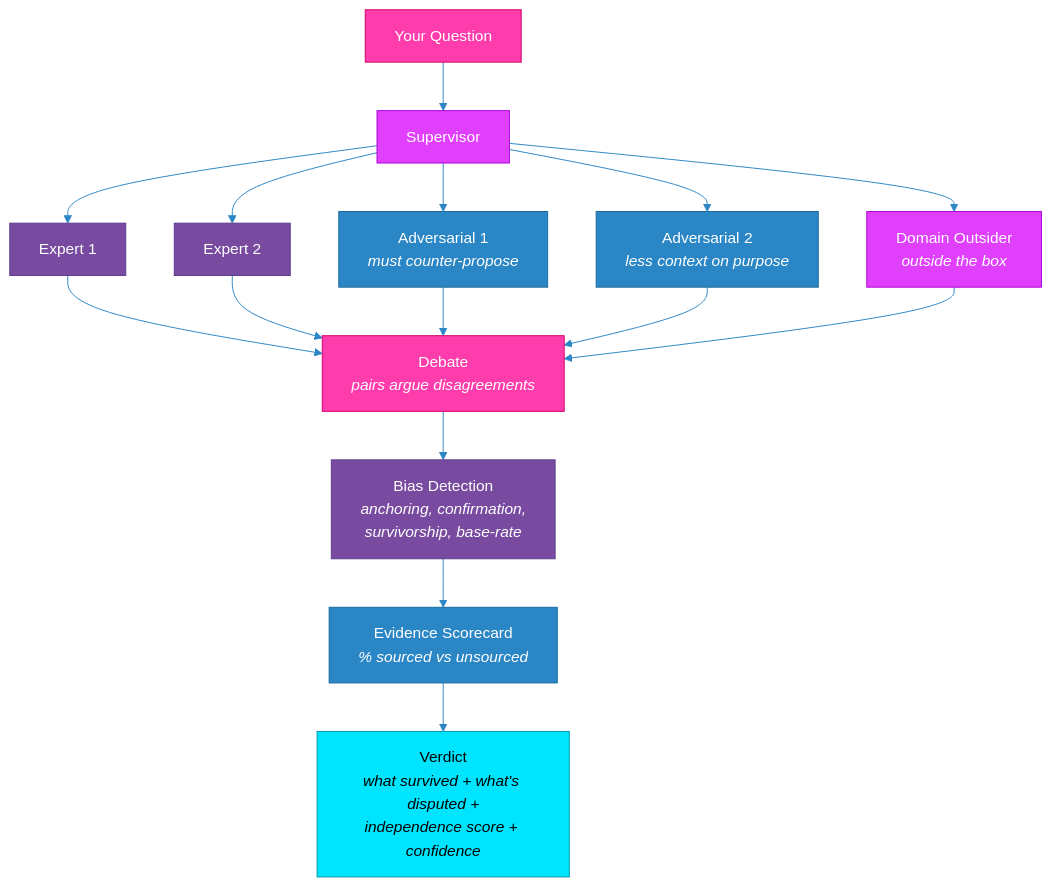
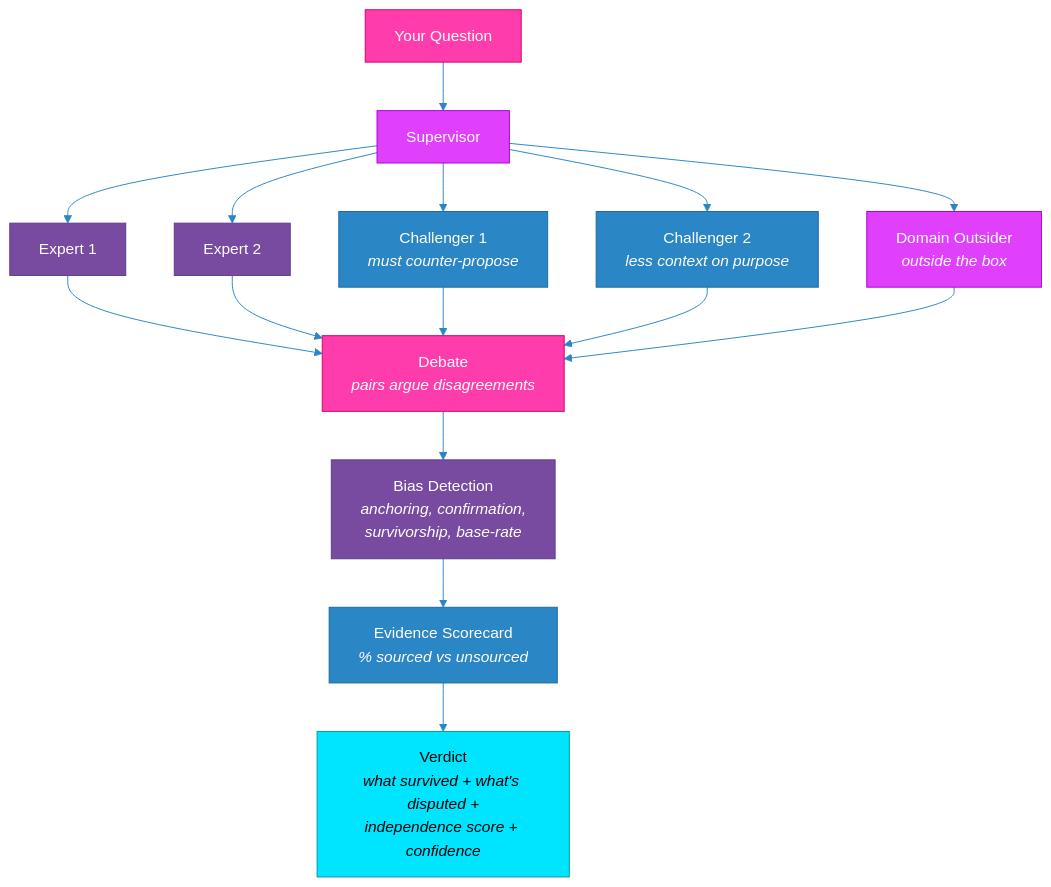
The fifth of 9 diagrams in README.md (qinnovates/quorum), drawn with Mermaid before and after one commit. The commit also changed other lines of this file and 37 other files, not shown here.

````diff
--- a/README.md
+++ b/README.md
@@ -251,26 +275,26 @@
 ```mermaid
 %%{init: {'theme': 'base', 'themeVariables': {'lineColor': '#2B86C5', 'background': '#0d1117'}}}%%
 graph TD
     Q["Your Question"] --> S["Supervisor"]
     S --> A1["Expert 1"]
     S --> A2["Expert 2"]
-    S --> A3["Adversarial 1<br/><i>must counter-propose</i>"]
-    S --> A4["Adversarial 2<br/><i>less context on purpose</i>"]
+    S --> A3["Challenger 1<br/><i>must counter-propose</i>"]
+    S --> A4["Challenger 2<br/><i>less context on purpose</i>"]
     S --> A5["Domain Outsider<br/><i>outside the box</i>"]
     A1 & A2 & A3 & A4 & A5 --> DB["Debate<br/><i>pairs argue disagreements</i>"]
     DB --> BI["Bias Detection<br/><i>anchoring, confirmation,<br/>survivorship, base-rate</i>"]
     BI --> SC["Evidence Scorecard<br/><i>% sourced vs unsourced</i>"]
     SC --> V["Verdict<br/><i>what survived + what's disputed +<br/>independence score + confidence</i>"]
 
     style Q fill:#FF3CAC,stroke:#D4006A,color:#fff
     style S fill:#E040FB,stroke:#AB00D9,color:#fff
     style A1 fill:#784BA0,stroke:#5C3D8F,color:#fff
     style A2 fill:#784BA0,stroke:#5C3D8F,color:#fff
     style A3 fill:#2B86C5,stroke:#1A6B9E,color:#fff
     style A4 fill:#2B86C5,stroke:#1A6B9E,color:#fff
     style A5 fill:#E040FB,stroke:#AB00D9,color:#fff
     style DB fill:#FF3CAC,stroke:#D4006A,color:#fff
     style BI fill:#784BA0,stroke:#5C3D8F,color:#fff
     style SC fill:#2B86C5,stroke:#1A6B9E,color:#fff
     style V fill:#00E5FF,stroke:#0097A7,color:#000
 ```
````
